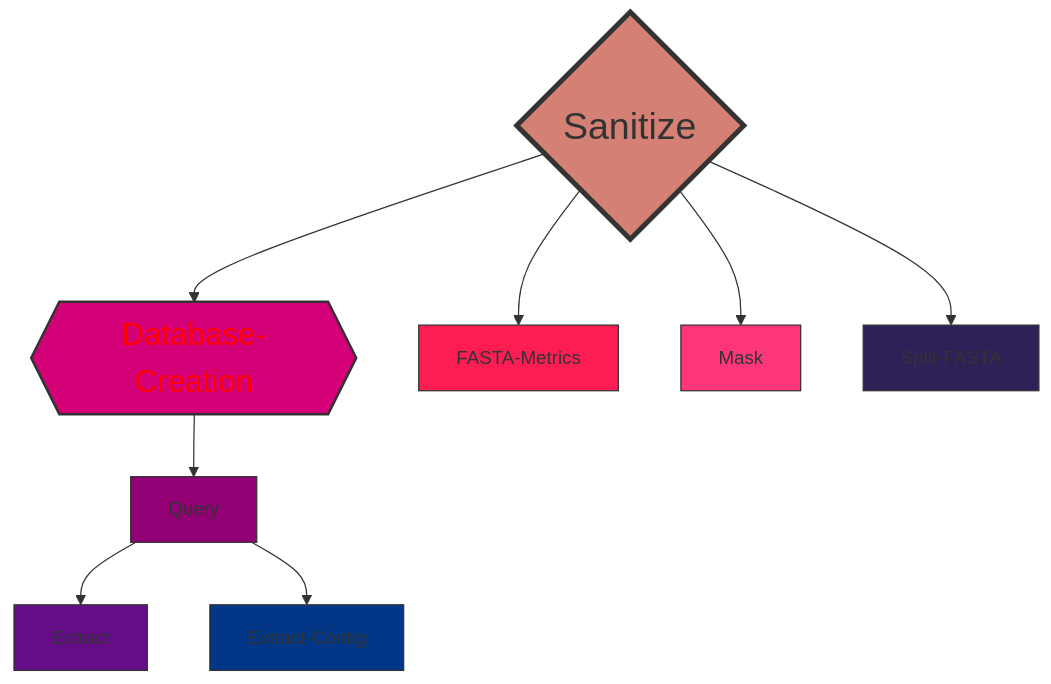
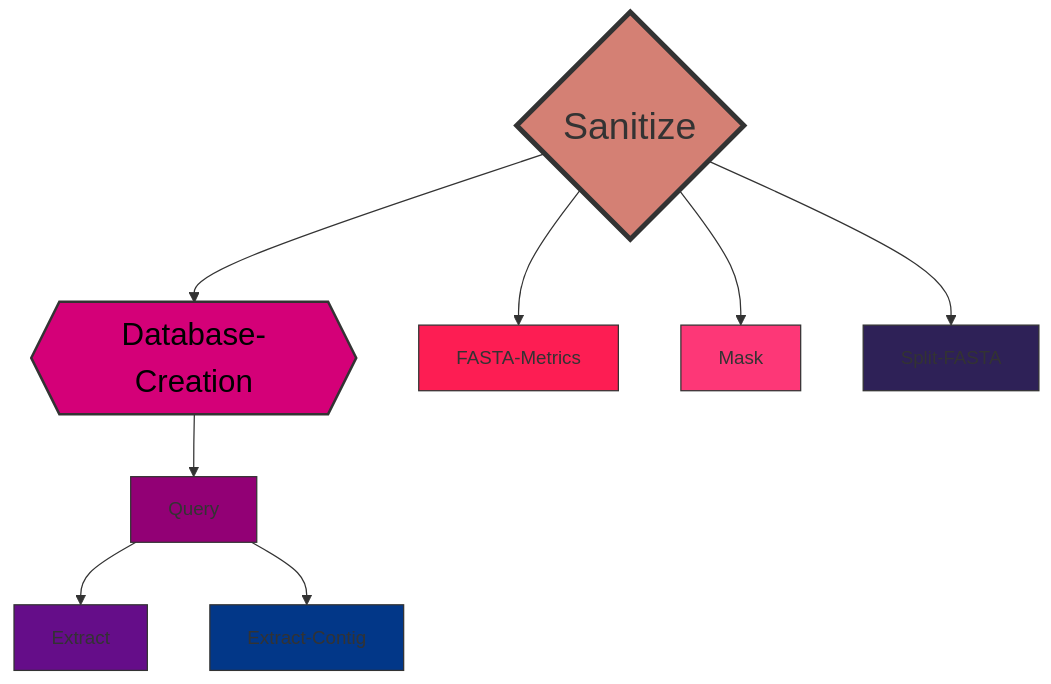
One commit to ERBringHorvath/SeqForge changed the diagram in README.md. Above: the diagram before and after it, drawn with Mermaid.

````diff
--- a/README.md
+++ b/README.md
@@ -79,20 +79,20 @@
 ```mermaid
 graph TD;
     A{Sanitize}-->B{{Database-Creation}};
     B{{Database-Creation}}-->C[Query];
     C[Query]-->D[Extract];
     C[Query]-->E[Extract-Contig];
     A{Sanitize}-->F[FASTA-Metrics];
     A{Sanitize}-->G[Mask];
     A{Sanitize}-->H[Split-FASTA];
 
     %% Custom style for Sanitize node
     style A fill:#d48074,stroke:#333,stroke-width:4,font-size:30px
-    style B fill:#d40078,stroke:#333,stroke-width:2,font-size:25px,color:#ff0000
+    style B fill:#d40078,stroke:#333,stroke-width:2,font-size:25px,color:#000000
     style C fill:#920075,stroke:#333,stroke-width:1,font-size:15px
     style D fill:#650D89,stroke:#333,stroke-width:1,font-size:15px
     style E fill:#023788,stroke:#333,stroke-width:1,font-size:15px
     style F fill:#fd1d53,stroke:#333,stroke-width:1,font-size:15px
     style G fill:#fd3777,stroke:#333,stroke-width:1,font-size:15px
     style H fill:#2e2157,stroke:#333,stroke-width:1,font-size:15px
 ```
````
